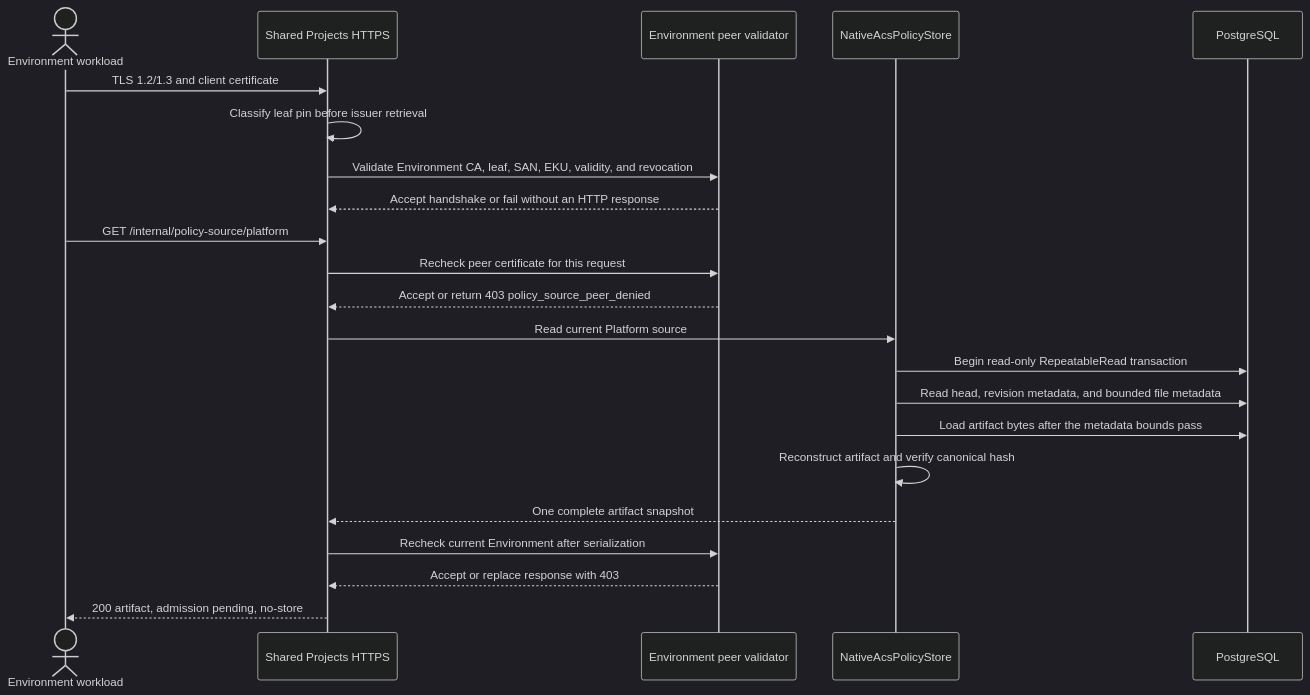
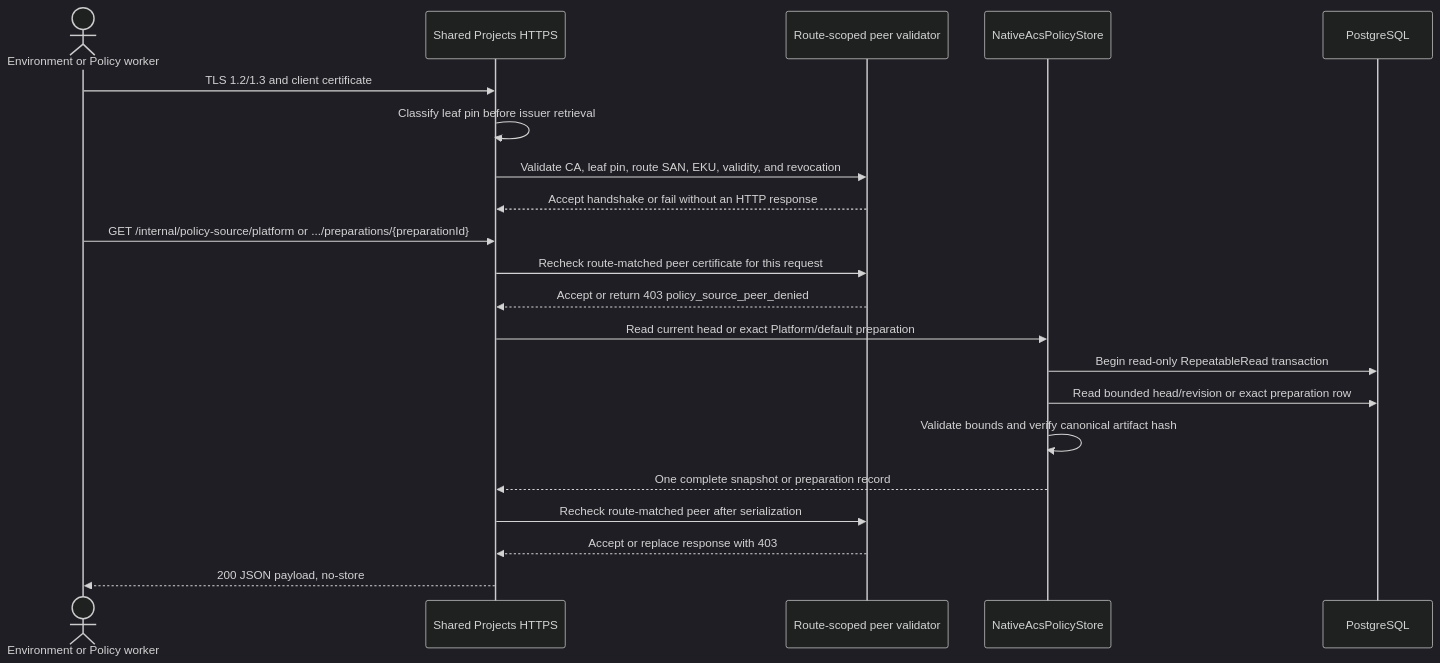
The fifth of 14 diagrams in docs/architecture/projects-config.md (sabbour/agentweaver), drawn with Mermaid (dark theme) before and after one commit. The commit also changed other lines of this file and 11 other files, not shown here.

Commit message:
feat(projects-config): add exact Platform Policy preparation read

````diff
--- a/docs/architecture/projects-config.md
+++ b/docs/architecture/projects-config.md
@@ -459,24 +460,23 @@
 ```mermaid
 sequenceDiagram
-    actor E as Environment workload
+    actor E as Environment or Policy worker
     participant K as Shared Projects HTTPS
-    participant T as Environment peer validator
+    participant T as Route-scoped peer validator
     participant S as NativeAcsPolicyStore
     participant D as PostgreSQL
     E->>K: TLS 1.2/1.3 and client certificate
     K->>K: Classify leaf pin before issuer retrieval
-    K->>T: Validate Environment CA, leaf, SAN, EKU, validity, and revocation
+    K->>T: Validate CA, leaf pin, route SAN, EKU, validity, and revocation
     T-->>K: Accept handshake or fail without an HTTP response
-    E->>K: GET /internal/policy-source/platform
-    K->>T: Recheck peer certificate for this request
+    E->>K: GET /internal/policy-source/platform or .../preparations/{preparationId}
+    K->>T: Recheck route-matched peer certificate for this request
     T-->>K: Accept or return 403 policy_source_peer_denied
-    K->>S: Read current Platform source
+    K->>S: Read current head or exact Platform/default preparation
     S->>D: Begin read-only RepeatableRead transaction
-    S->>D: Read head, revision metadata, and bounded file metadata
-    S->>D: Load artifact bytes after the metadata bounds pass
-    S->>S: Reconstruct artifact and verify canonical hash
-    S-->>K: One complete artifact snapshot
-    K->>T: Recheck current Environment after serialization
+    S->>D: Read bounded head/revision or exact preparation row
+    S->>S: Validate bounds and verify canonical artifact hash
+    S-->>K: One complete snapshot or preparation record
+    K->>T: Recheck route-matched peer after serialization
     T-->>K: Accept or replace response with 403
-    K-->>E: 200 artifact, admission pending, no-store
+    K-->>E: 200 JSON payload, no-store
 ```
````
